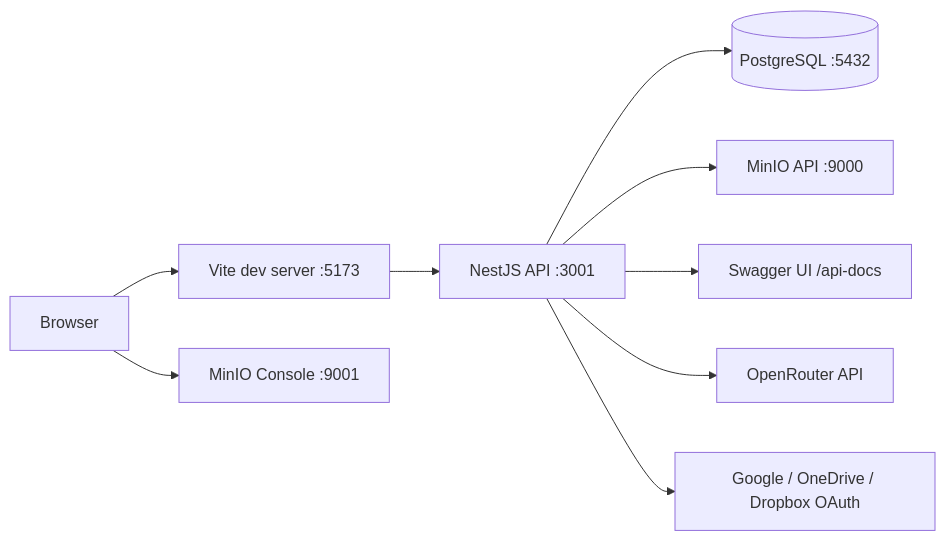
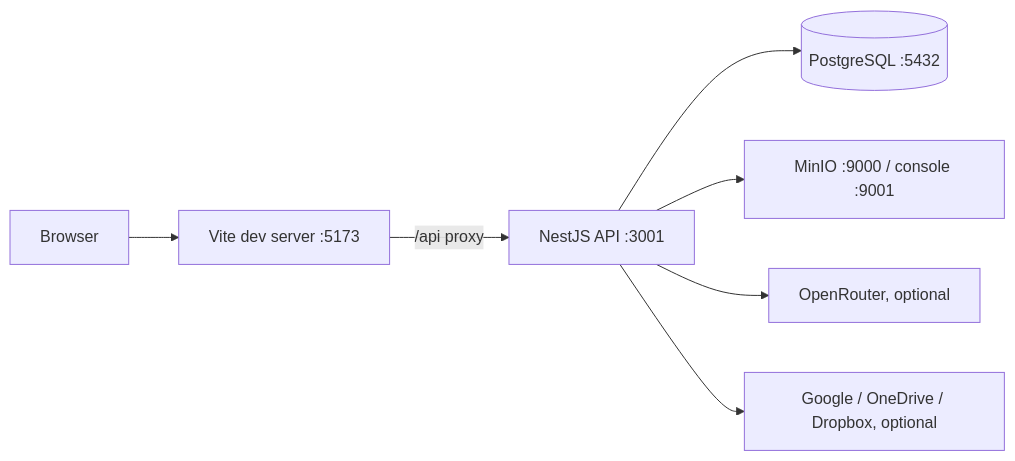
One commit to chefzaid/thoughty changed the diagram in docs/development.md. Above: the diagram before and after it, drawn with Mermaid. The commit also changed other lines of this file and 13 other files, not shown here.

````diff
--- a/docs/development.md
+++ b/docs/development.md
@@ -7,11 +5,9 @@
 ```mermaid
 flowchart LR
     Browser[Browser] --> Web[Vite dev server :5173]
-    Web --> API[NestJS API :3001]
+    Web -->|/api proxy| API[NestJS API :3001]
     API --> DB[(PostgreSQL :5432)]
-    API --> MinIO[MinIO API :9000]
-    Browser --> MinIOConsole[MinIO Console :9001]
-    API --> Swagger[Swagger UI /api-docs]
-    API --> OpenRouter[OpenRouter API]
-    API --> OAuth[Google / OneDrive / Dropbox OAuth]
+    API --> MinIO[MinIO :9000 / console :9001]
+    API --> OpenRouter[OpenRouter, optional]
+    API --> OAuth[Google / OneDrive / Dropbox, optional]
 ```
````
